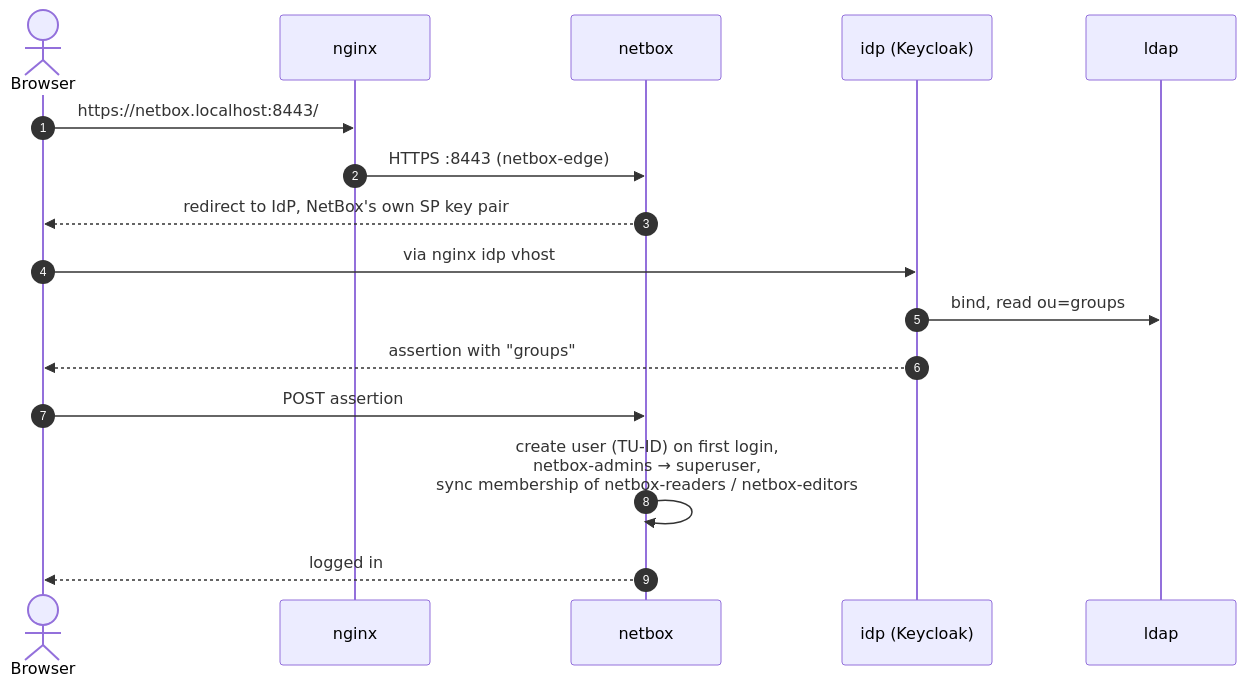
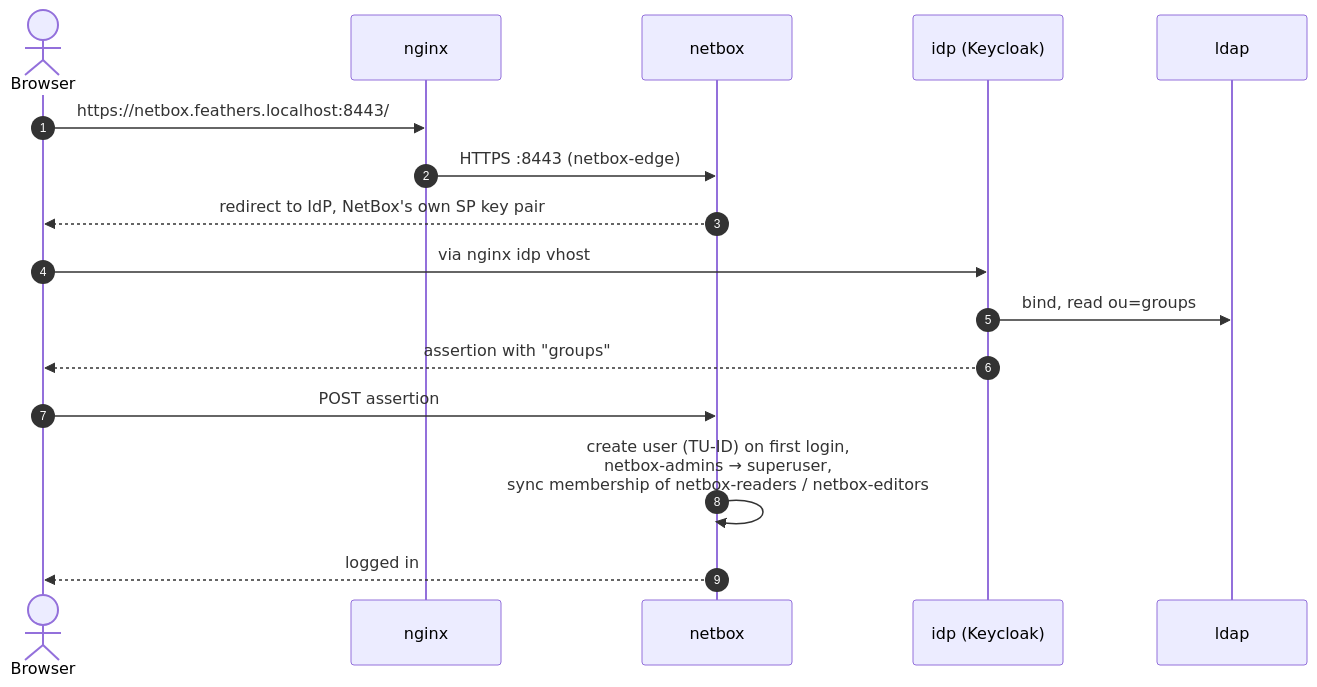
The second of 3 diagrams in docs/adr_v2/diagrams/netbox.md (rabalyn/feathers-skeleton-stack), drawn with Mermaid before and after one commit. The commit also changed 72 other files, not shown here.

````diff
--- a/docs/adr_v2/diagrams/netbox.md
+++ b/docs/adr_v2/diagrams/netbox.md
@@ -29,19 +29,19 @@
 ```mermaid
 sequenceDiagram
   autonumber
   actor b as Browser
   participant ngx as nginx
   participant nb as netbox
   participant idp as idp (Keycloak)
   participant ldap
 
-  b->>ngx: https://netbox.localhost:8443/
+  b->>ngx: https://netbox.feathers.localhost:8443/
   ngx->>nb: HTTPS :8443 (netbox-edge)
   nb-->>b: redirect to IdP, NetBox's own SP key pair
   b->>idp: via nginx idp vhost
   idp->>ldap: bind, read ou=groups
   idp-->>b: assertion with "groups"
   b->>nb: POST assertion
   nb->>nb: create user (TU-ID) on first login,<br>netbox-admins → superuser,<br>sync membership of netbox-readers / netbox-editors
   nb-->>b: logged in
 ```
````
